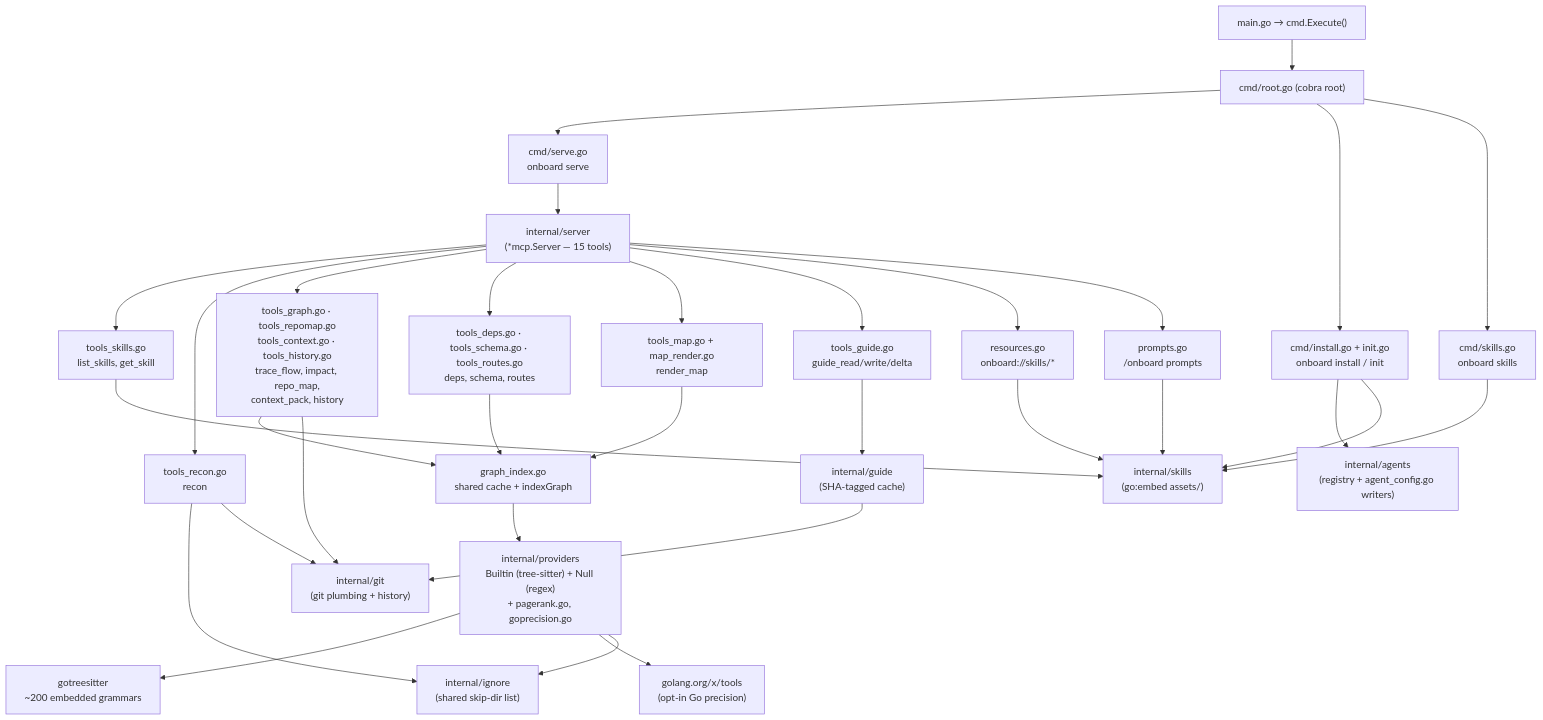
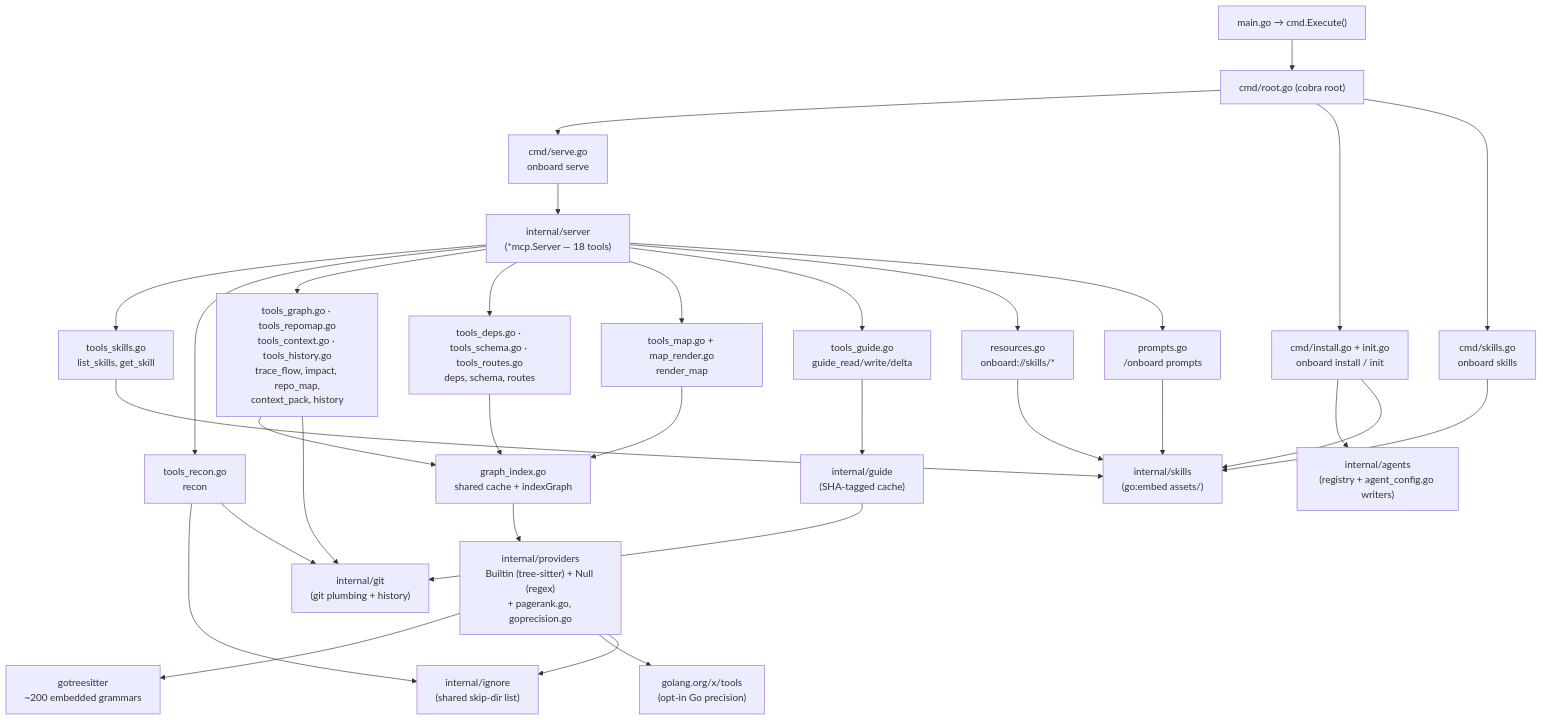
The diagram in docs/architecture.md (VerifiedOrganic/onboard), drawn with Mermaid before and after one commit. The commit also changed other lines of this file and 52 other files, not shown here.

````diff
--- a/docs/architecture.md
+++ b/docs/architecture.md
@@ -60,41 +61,41 @@
 ```mermaid
 flowchart TD
     main["main.go → cmd.Execute()"] --> root["cmd/root.go (cobra root)"]
 
     root --> serve["cmd/serve.go<br/>onboard serve"]
     root --> install["cmd/install.go + init.go<br/>onboard install / init"]
     root --> skillscmd["cmd/skills.go<br/>onboard skills"]
 
-    serve --> srv["internal/server<br/>(*mcp.Server — 15 tools)"]
+    serve --> srv["internal/server<br/>(*mcp.Server — 18 tools)"]
     srv --> toolsSkills["tools_skills.go<br/>list_skills, get_skill"]
     srv --> recon["tools_recon.go<br/>recon"]
     srv --> graphTools["tools_graph.go · tools_repomap.go<br/>tools_context.go · tools_history.go<br/>trace_flow, impact, repo_map,<br/>context_pack, history"]
     srv --> extractors["tools_deps.go · tools_schema.go · tools_routes.go<br/>deps, schema, routes"]
     srv --> mapTool["tools_map.go + map_render.go<br/>render_map"]
     srv --> guideTools["tools_guide.go<br/>guide_read/write/delta"]
     srv --> resources["resources.go<br/>onboard://skills/*"]
     srv --> prompt["prompts.go<br/>/onboard prompts"]
 
     graphTools --> idx["graph_index.go<br/>shared cache + indexGraph"]
     extractors --> idx
     mapTool --> idx
     idx --> providers["internal/providers<br/>Builtin (tree-sitter) + Null (regex)<br/>+ pagerank.go, goprecision.go"]
     providers --> gts["gotreesitter<br/>~200 embedded grammars"]
     providers --> xtools["golang.org/x/tools<br/>(opt-in Go precision)"]
 
     recon --> ignore["internal/ignore<br/>(shared skip-dir list)"]
     providers --> ignore
 
     toolsSkills --> skills["internal/skills<br/>(go:embed assets/)"]
     resources --> skills
     prompt --> skills
 
     graphTools --> git["internal/git<br/>(git plumbing + history)"]
     recon --> git
     guideTools --> guide["internal/guide<br/>(SHA-tagged cache)"]
     guide --> git
 
     install --> agents["internal/agents<br/>(registry + agent_config.go writers)"]
     install --> skills
     skillscmd --> skills
 ```
````
